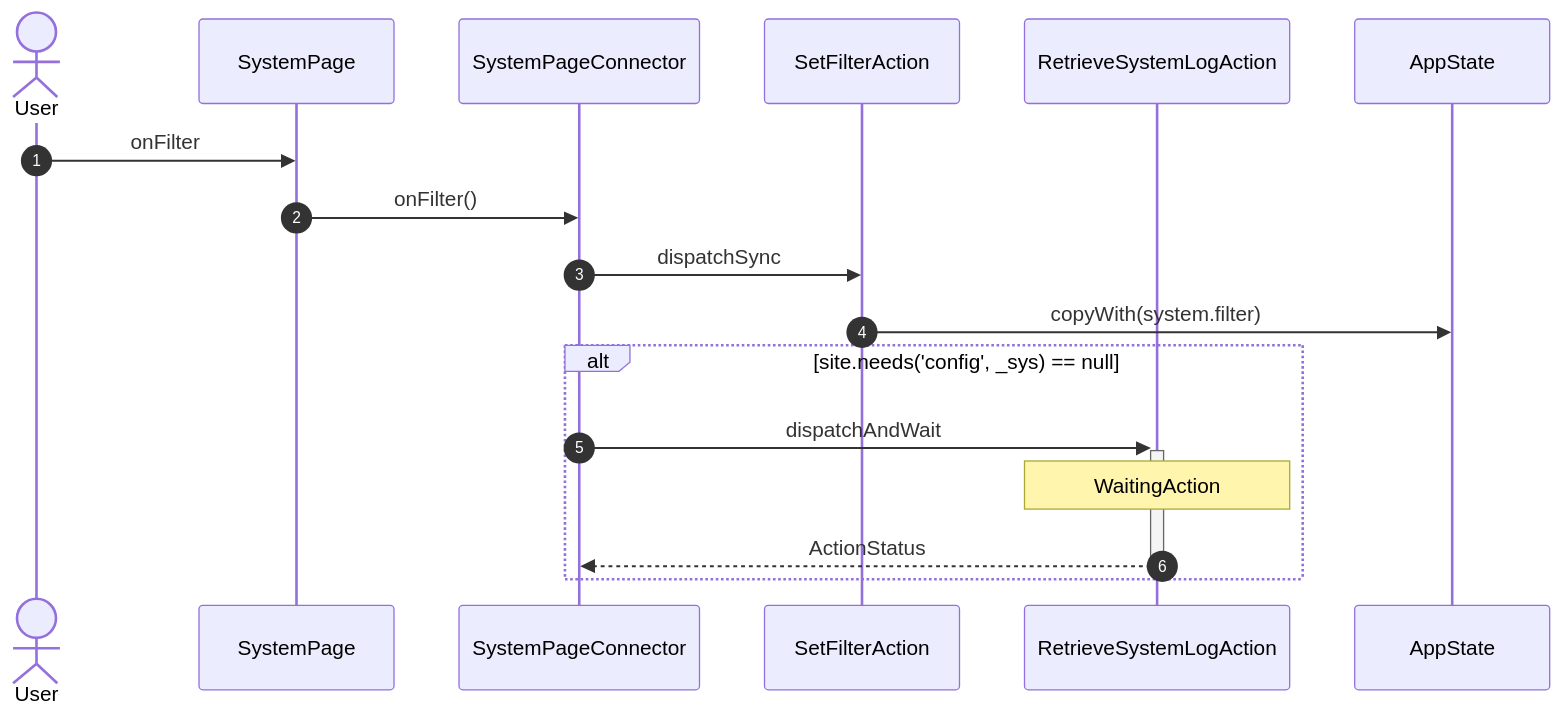
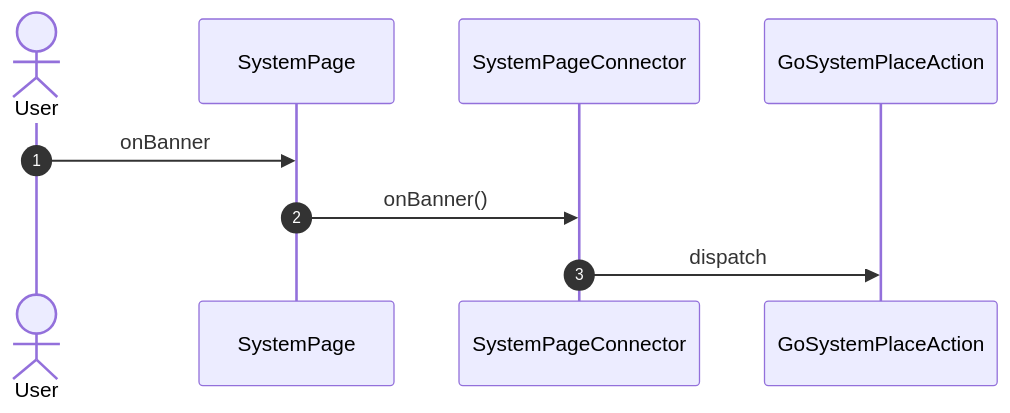
One commit to gencto/wyrm changed diagram 11 of 26 in studio/docs/flows/system.md. Above: the diagram before and after it, drawn with Mermaid. The commit also changed other lines of this file and 88 other files, not shown here.

First line of the commit message:
studio: system: typed values, words in ui, one action per intent

````diff
--- a/studio/docs/flows/system.md
+++ b/studio/docs/flows/system.md
@@ -246,20 +182,12 @@
 ```mermaid
 sequenceDiagram
     autonumber
     actor User
     participant UI as SystemPage
     participant VM as SystemPageConnector
-    participant A1 as SetFilterAction
-    participant A2 as RetrieveSystemLogAction
-    participant ST as AppState
+    participant A1 as GoSystemPlaceAction
 
-    User->>UI: onFilter
-    UI->>VM: onFilter()
-    VM->>A1: dispatchSync
-    A1->>ST: copyWith(system.filter)
-    alt site.needs('config', _sys) == null
-        VM->>+A2: dispatchAndWait
-        Note over A2: WaitingAction
-        A2-->>-VM: ActionStatus
-    end
+    User->>UI: onBanner
+    UI->>VM: onBanner()
+    VM->>A1: dispatch
 ```
````
